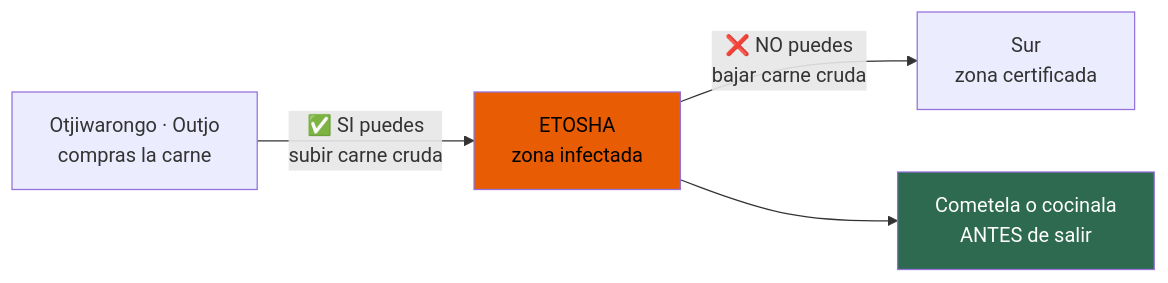
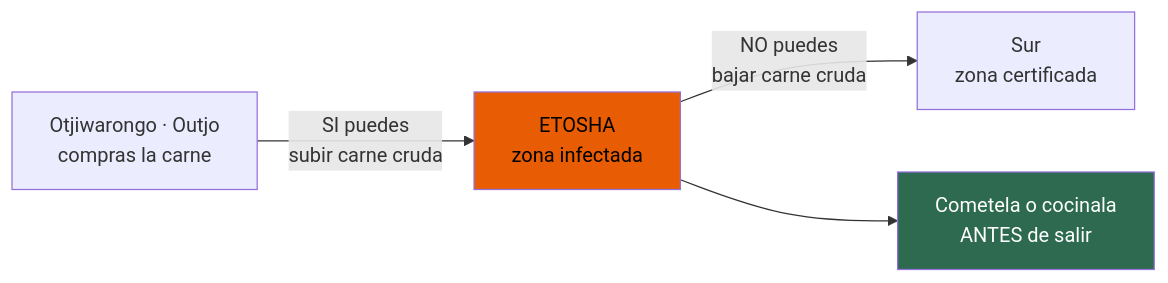
One commit to morandeirachema/namibia changed the sixth of 7 diagrams in 04-guia-preparacion.md. Above: the diagram before and after it, drawn with Mermaid. The commit also changed other lines of this file and 14 other files, not shown here.

Commit message:
Arreglar el renderizado de los diagramas en GitHub: fuera emojis, negritas y barras ASCII de dentro de los nodos, que descuadraban la medida y recortaban el texto

````diff
--- a/04-guia-preparacion.md
+++ b/04-guia-preparacion.md
@@ -425,8 +425,8 @@
 ```mermaid
 flowchart LR
-    O["Otjiwarongo · Outjo<br/>compras la carne"] -->|"✅ SI puedes<br/>subir carne cruda"| E["ETOSHA<br/>zona infectada"]
-    E -->|"❌ NO puedes<br/>bajar carne cruda"| S["Sur<br/>zona certificada"]
+    O["Otjiwarongo · Outjo<br/>compras la carne"] -->|" SI puedes<br/>subir carne cruda"| E["ETOSHA<br/>zona infectada"]
+    E -->|" NO puedes<br/>bajar carne cruda"| S["Sur<br/>zona certificada"]
     E --> X["Cometela o cocinala<br/>ANTES de salir"]
     style E fill:#e85d04,color:#000
     style X fill:#2d6a4f,color:#fff
 ```
````
